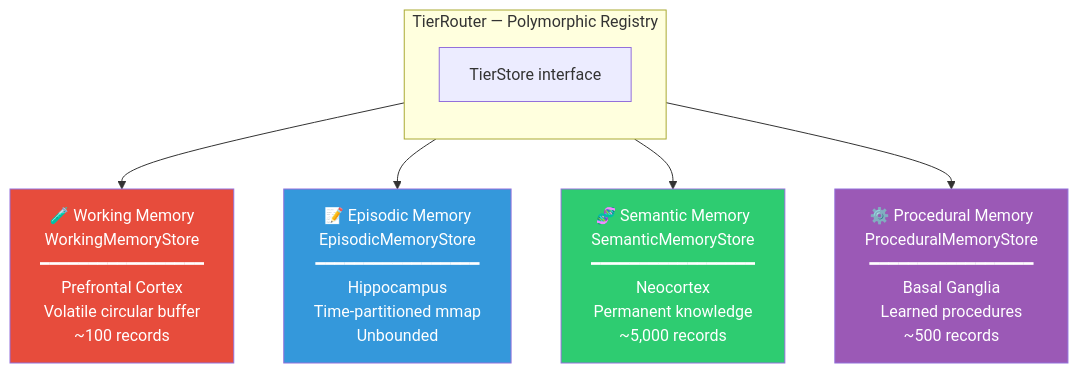
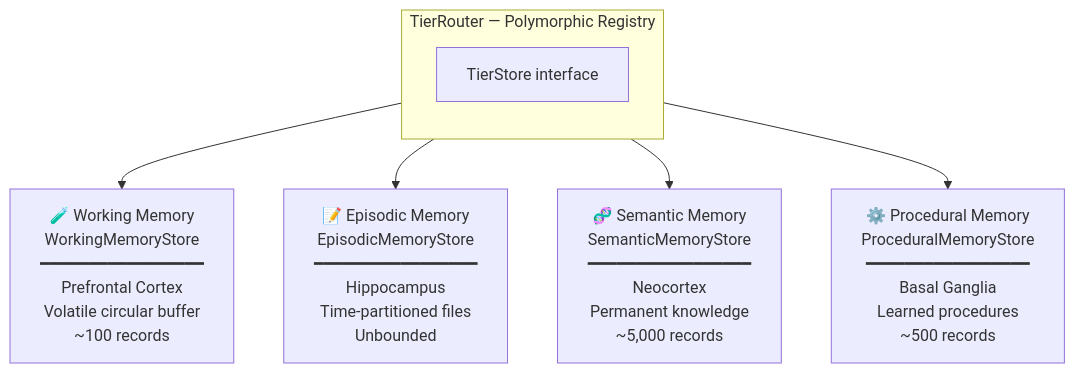
The first of 2 diagrams in docs/docs/memory/cortex.md (spectrayan/spector), drawn with Mermaid before and after one commit. The commit also changed other lines of this file and 6 other files, not shown here.

````diff
--- a/docs/docs/memory/cortex.md
+++ b/docs/docs/memory/cortex.md
@@ -16,17 +16,12 @@
 ```mermaid
 graph TB
     subgraph "TierRouter — Polymorphic Registry"
         direction TB
-        TR["TierStore interface"]
+        TR["TierStore interface"]:::core
     end
     
-    TR --> WM["🧪 Working Memory<br/>WorkingMemoryStore<br/>━━━━━━━━━━━━━━━━━<br/>Prefrontal Cortex<br/>Volatile circular buffer<br/>~100 records"]
-    TR --> EM["📝 Episodic Memory<br/>EpisodicMemoryStore<br/>━━━━━━━━━━━━━━━━━<br/>Hippocampus<br/>Time-partitioned mmap<br/>Unbounded"]
-    TR --> SE["🧬 Semantic Memory<br/>SemanticMemoryStore<br/>━━━━━━━━━━━━━━━━━<br/>Neocortex<br/>Permanent knowledge<br/>~5,000 records"]
-    TR --> PR["⚙️ Procedural Memory<br/>ProceduralMemoryStore<br/>━━━━━━━━━━━━━━━━━<br/>Basal Ganglia<br/>Learned procedures<br/>~500 records"]
-    
-    style WM fill:#e74c3c,color:white
-    style EM fill:#3498db,color:white
-    style SE fill:#2ecc71,color:white
-    style PR fill:#9b59b6,color:white
+    TR --> WM["🧪 Working Memory<br/>WorkingMemoryStore<br/>━━━━━━━━━━━━━━━━━<br/>Prefrontal Cortex<br/>Volatile circular buffer<br/>~100 records"]:::working
+    TR --> EM["📝 Episodic Memory<br/>EpisodicMemoryStore<br/>━━━━━━━━━━━━━━━━━<br/>Hippocampus<br/>Time-partitioned files<br/>Unbounded"]:::episodic
+    TR --> SE["🧬 Semantic Memory<br/>SemanticMemoryStore<br/>━━━━━━━━━━━━━━━━━<br/>Neocortex<br/>Permanent knowledge<br/>~5,000 records"]:::semantic
+    TR --> PR["⚙️ Procedural Memory<br/>ProceduralMemoryStore<br/>━━━━━━━━━━━━━━━━━<br/>Basal Ganglia<br/>Learned procedures<br/>~500 records"]:::procedural
 ```
````
